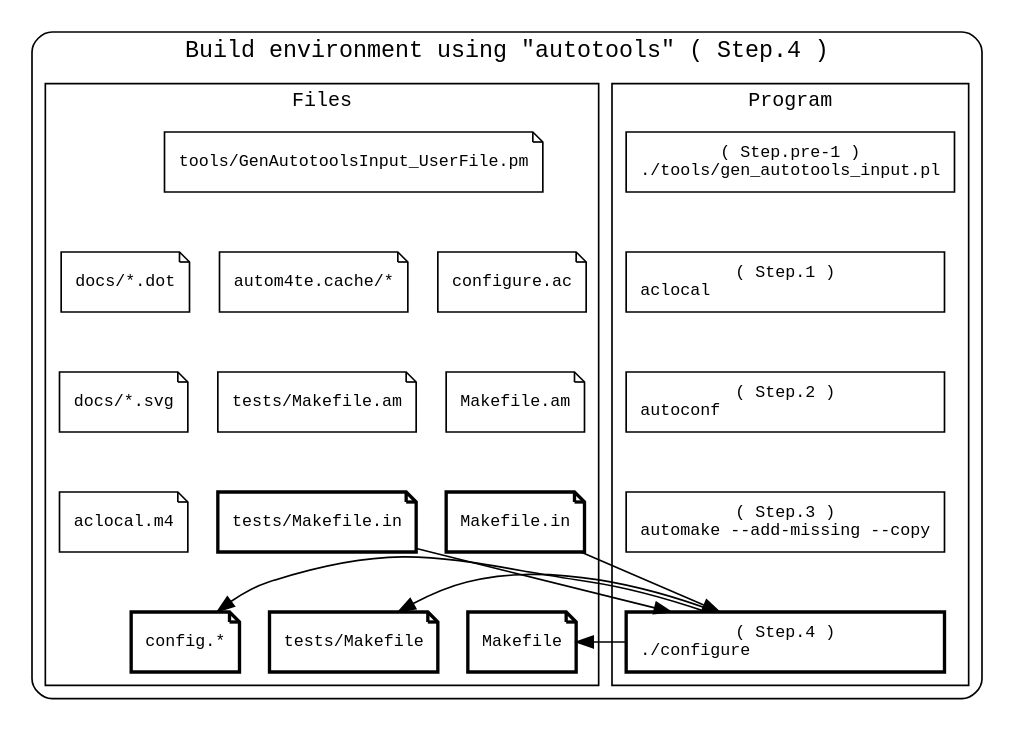
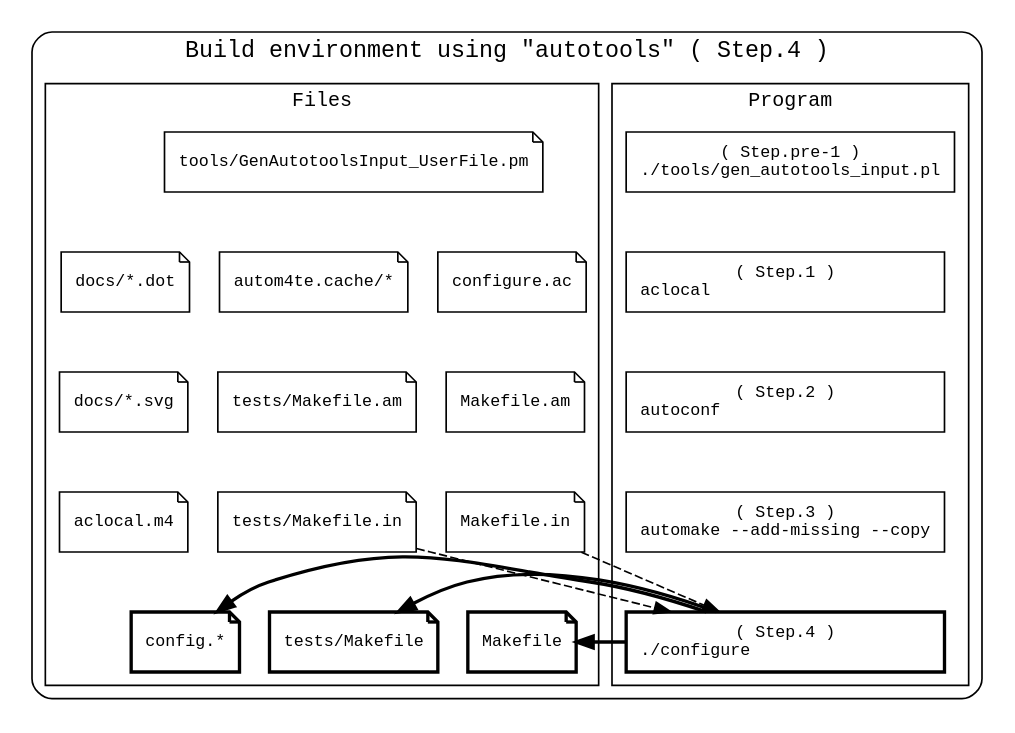
Before and after one commit to tomyama-code/tomyama_script_collection: the diagram in docs/img/devel_step_1_4.dot, drawn with Graphviz. The commit also changed 36 other files, not shown here.

```diff
--- a/docs/img/devel_step_1_4.dot
+++ b/docs/img/devel_step_1_4.dot
@@ -1,87 +1,89 @@
 // File: docs/devel_step_0.dot
 // Author: tomyama
 // Purpose: Development workflow diagram
 
 digraph physical_directory_structure {
     newrank=true
     constraint=false
 
     // 全体に等幅フォントを適用
     //   ex) "monospace", "Courier", "Courier New", "Consolas", "Monaco"
     graph [fontname="monospace"]
     node  [fontname="monospace", fontsize=10, penwidth=1]
     edge  [fontname="monospace"]
 
     // 図全体を囲うクラスタ
     subgraph cluster_all {
 
         label = "Build environment using \"autotools\" ( Step.4 )"
         style = "rounded"   // 角を丸くする
         color = "black"     // 枠線の色
         penwidth = 1        // 枠線の太さ
 
         // プログラム
         subgraph cluster_program {
             label = "Program"
             style = "solid"
             penwidth = 1        // 枠線の太さ
             fontsize=12
             {
                 edge [style=invis];
                 program01 -> program02 -> program03 -> program04 -> program05
             }
             program01 [shape=box, style=solid , label="( Step.pre-1 )\n./tools/gen_autotools_input.pl"]
             program02 [shape=box, style=solid , label="( Step.1 )\naclocal                      "]
             program03 [shape=box, style=solid , label="( Step.2 )\nautoconf                     "]
             program04 [shape=box, style=solid , label="( Step.3 )\nautomake --add-missing --copy"]
             program05 [shape=box, style=solid , label="( Step.4 )\n./configure                  ", penwidth=2]
         }
 
         // ファイル
         subgraph cluster_file {
             label = "Files"
             style = "solid"
             penwidth = 1        // 枠線の太さ
             fontsize=12
             {
                 edge [style=invis];
                 file13 -> file01 -> file02 -> file03 -> file04
                 file13 -> file05 -> file06 -> file07 -> file08
                 file13 -> file09 -> file10 -> file11 -> file12
             }
 
             file13 [shape=note, style=solid , label="tools/GenAutotoolsInput_UserFile.pm"]
             file01 [shape=note, style=solid , label="docs/*.dot"]
             file02 [shape=note, style=solid , label="docs/*.svg"]
             file03 [shape=note, style=solid , label="aclocal.m4"]
             file04 [shape=note, style=solid , label="config.*", penwidth=2]
             file05 [shape=note, style=solid , label="configure.ac"]
             file06 [shape=note, style=solid , label="Makefile.am"]
-            file07 [shape=note, style=solid , label="Makefile.in", penwidth=2]
+            file07 [shape=note, style=solid , label="Makefile.in"]
             file08 [shape=note, style=solid , label="Makefile", penwidth=2]
             file09 [shape=note, style=solid  , label="autom4te.cache/*"]
             file10 [shape=note, style=solid , label="tests/Makefile.am"]
-            file11 [shape=note, style=solid , label="tests/Makefile.in", penwidth=2]
+            file11 [shape=note, style=solid , label="tests/Makefile.in"]
             file12 [shape=note, style=solid , label="tests/Makefile", penwidth=2]
         }
 
         {
             edge [style=invis];
             file13 -> program01
             file01 -> file05 -> file09 -> program02
             file02 -> file06 -> file10 -> program03
             file03 -> file07 -> file11 -> program04
             file04 -> file08 -> file12 -> program05
         }
         {rank=same; program01; file13}
         {rank=same; program02; file01; file05; file09}
         {rank=same; program03; file02; file06; file10}
         {rank=same; program04; file03; file07; file11}
         {rank=same; program05; file04; file08; file12}
 
         // スクリプトとドキュメントの関係
-        program05 -> file04
-        file07 -> program05 -> file08
-        file11 -> program05 -> file12
+        file07 -> program05 [style=dashed]
+        file11 -> program05 [style=dashed]
+        program05 -> file04 [style=bold]
+        program05 -> file08 [style=bold]
+        program05 -> file12 [style=bold]
     }
 }
```
